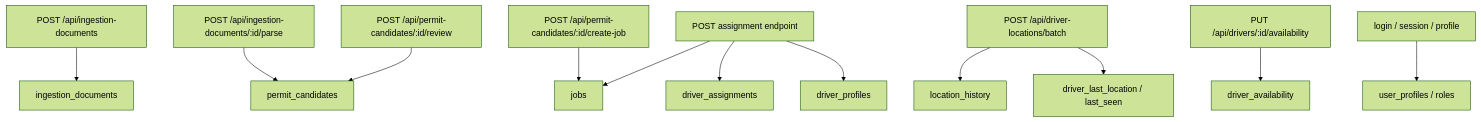
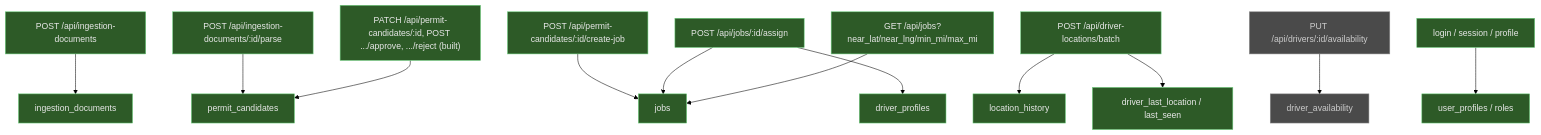
Diagram 21 of 24 in plan.md (AlexGuruz/gigatt-geomapper), drawn with Mermaid (forest theme) before and after one commit. The commit also changed other lines of this file and 52 other files, not shown here.

````diff
--- a/plan.md
+++ b/plan.md
@@ -559,14 +589,20 @@
 ```mermaid
 flowchart TD
+    classDef built fill:#2d5a27,stroke:#6bcf7c,color:#e8e8e8
+    classDef unbuilt fill:#4a4a4a,stroke:#888,color:#ccc
+
     Upload[POST /api/ingestion-documents] --> IngestionDocs[ingestion_documents]
     Parse[POST /api/ingestion-documents/:id/parse] --> PermitCandidates[permit_candidates]
-    Review[POST /api/permit-candidates/:id/review] --> PermitCandidates
+    ApproveReject["PATCH /api/permit-candidates/:id, POST .../approve, .../reject (built)"] --> PermitCandidates
     CreateJob[POST /api/permit-candidates/:id/create-job] --> Jobs[jobs]
-    Assign[POST assignment endpoint] --> Assignments[driver_assignments]
-    Assign --> Jobs
+    Assign[POST /api/jobs/:id/assign] --> Jobs
     Assign --> DriverProfiles[driver_profiles]
+    JobsNear[GET /api/jobs?near_lat/near_lng/min_mi/max_mi] --> Jobs
     BatchLoc[POST /api/driver-locations/batch] --> LocationHistory[location_history]
     BatchLoc --> LastLocation[driver_last_location / last_seen]
     Availability[PUT /api/drivers/:id/availability] --> DriverAvailability[driver_availability]
     AuthEndpoints[login / session / profile] --> UserProfiles[user_profiles / roles]
+
+    class Upload,Parse,ApproveReject,CreateJob,Assign,JobsNear,BatchLoc,AuthEndpoints,IngestionDocs,PermitCandidates,Jobs,DriverProfiles,LocationHistory,LastLocation,UserProfiles built
+    class Availability,DriverAvailability unbuilt
 ```
````
